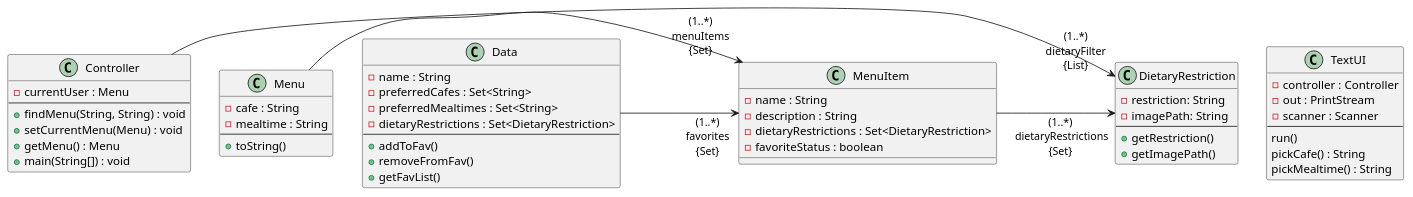
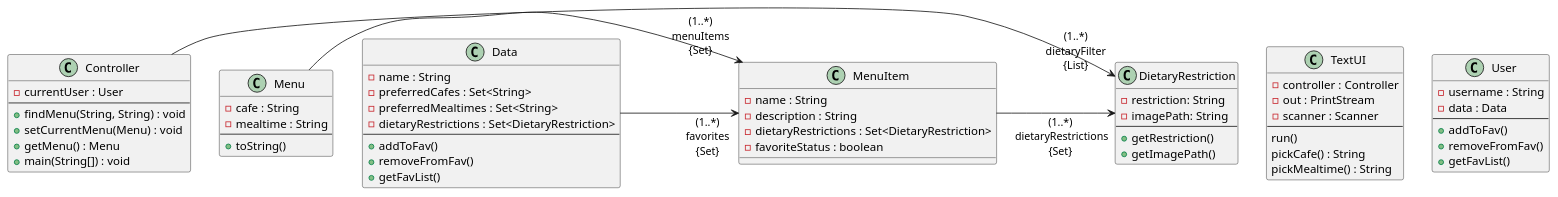
The diagram in doc/design.md (rkilpadi/vassar-dining-app), drawn with PlantUML before and after one commit. The commit also changed 8 other files, not shown here.

````diff
--- a/doc/design.md
+++ b/doc/design.md
@@ -1,58 +1,68 @@
 ```plantuml
 class TextUI {
 -controller : Controller
 -out : PrintStream
 -scanner : Scanner
 --
 run()
 pickCafe() : String
 pickMealtime() : String
 }
 
 class Controller {
--currentUser : Menu
+-currentUser : User
 --
 +findMenu(String, String) : void
 +setCurrentMenu(Menu) : void
 +getMenu() : Menu
 +main(String[]) : void
 }
 
 class Menu {
 -cafe : String
 -mealtime : String
 --
 +toString()
 }
 
 class MenuItem {
 -name : String
 -description : String
 -dietaryRestrictions : Set<DietaryRestriction>
 -favoriteStatus : boolean
 }
 
 class DietaryRestriction {
 -restriction: String
 -imagePath: String
 --
 +getRestriction()
 +getImagePath()
 }
 
 class Data {
 -name : String
 -preferredCafes : Set<String>
 -preferredMealtimes : Set<String>
 -dietaryRestrictions : Set<DietaryRestriction>
 --
 +addToFav()
 +removeFromFav()
 +getFavList()
 }
 
+class User {
+-username : String
+-data : Data
+--
++addToFav()
++removeFromFav()
++getFavList()
+}
+
 Controller -> "(1..*)\n dietaryFilter \n{List}" DietaryRestriction : \t\t\t\t
 Menu -> "(1..*)\n menuItems \n{Set}" MenuItem: \t\t\t\t
 MenuItem -> "(1..*)\n dietaryRestrictions\n{Set}" DietaryRestriction: \t\t\t\t
 Data -> "(1..*)\n favorites \n{Set}" MenuItem: \t\t\t\t
+
 ```
````
